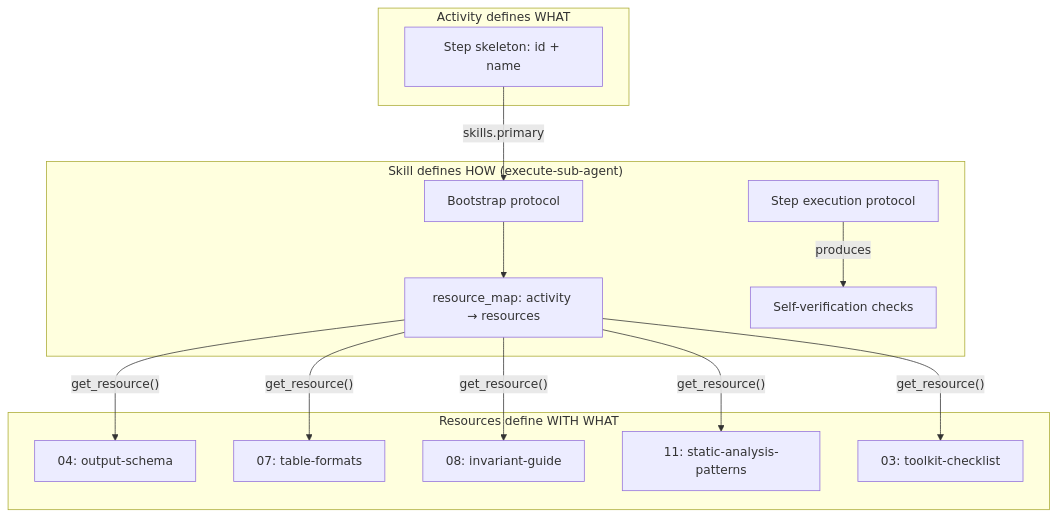
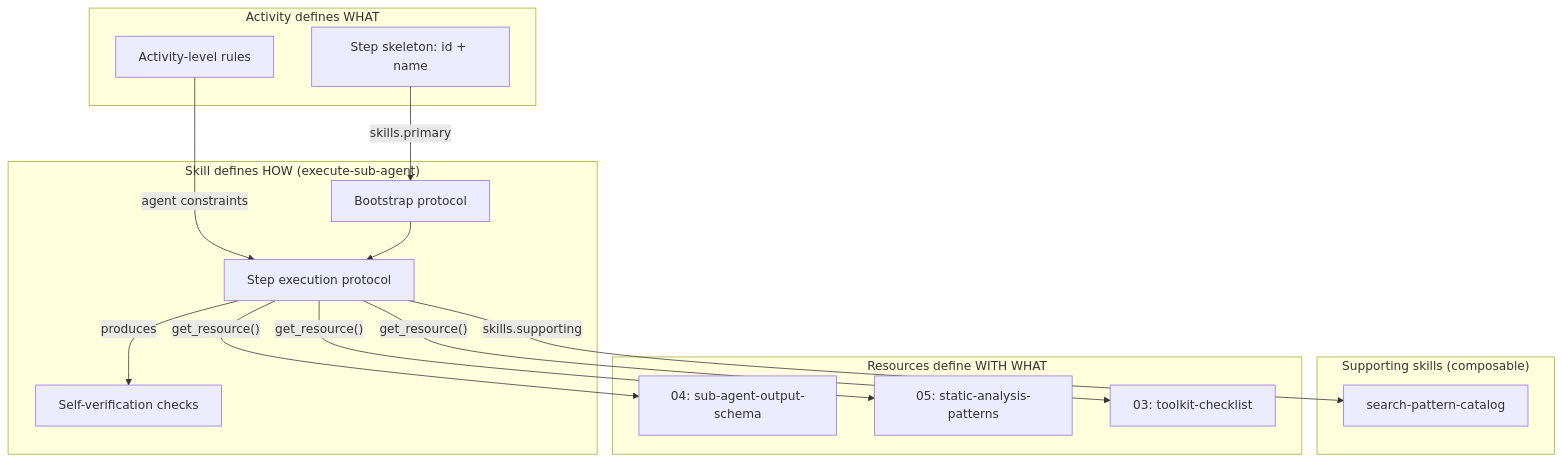
One commit to m2ux/workflow-server changed the sixth of 6 diagrams in substrate-node-security-audit/README.md. Above: the diagram before and after it, drawn with Mermaid. The commit also changed other lines of this file and 14 other files, not shown here.

First line of the commit message:
refactor: rename activity 'notes' to 'rules' in security-audit workflow + update README

````diff
--- a/substrate-node-security-audit/README.md
+++ b/substrate-node-security-audit/README.md
@@ -193,27 +195,28 @@
 ```mermaid
 graph TD
-    subgraph activity [Activity defines WHAT]
+    subgraph activity ["Activity defines WHAT"]
         STEPS["Step skeleton: id + name"]
+        RULES["Activity-level rules"]
     end
     subgraph skill ["Skill defines HOW (execute-sub-agent)"]
         BOOT[Bootstrap protocol]
-        RMAP["resource_map: activity → resources"]
         EXEC[Step execution protocol]
         VERIFY[Self-verification checks]
     end
-    subgraph resources [Resources define WITH WHAT]
-        R04["04: output-schema"]
-        R07["07: table-formats"]
-        R08["08: invariant-guide"]
-        R11["11: static-analysis-patterns"]
+    subgraph supporting ["Supporting skills (composable)"]
+        SPC["search-pattern-catalog"]
+    end
+    subgraph resources ["Resources define WITH WHAT"]
+        R04["04: sub-agent-output-schema"]
+        R05["05: static-analysis-patterns"]
         R03["03: toolkit-checklist"]
     end
     STEPS -->|"skills.primary"| BOOT
-    BOOT --> RMAP
-    RMAP -->|"get_resource()"| R04
-    RMAP -->|"get_resource()"| R07
-    RMAP -->|"get_resource()"| R08
-    RMAP -->|"get_resource()"| R11
-    RMAP -->|"get_resource()"| R03
+    RULES -->|"agent constraints"| EXEC
+    BOOT --> EXEC
+    EXEC -->|"get_resource()"| R04
+    EXEC -->|"get_resource()"| R05
+    EXEC -->|"get_resource()"| R03
+    EXEC -->|"skills.supporting"| SPC
     EXEC -->|produces| VERIFY
 ```
````
